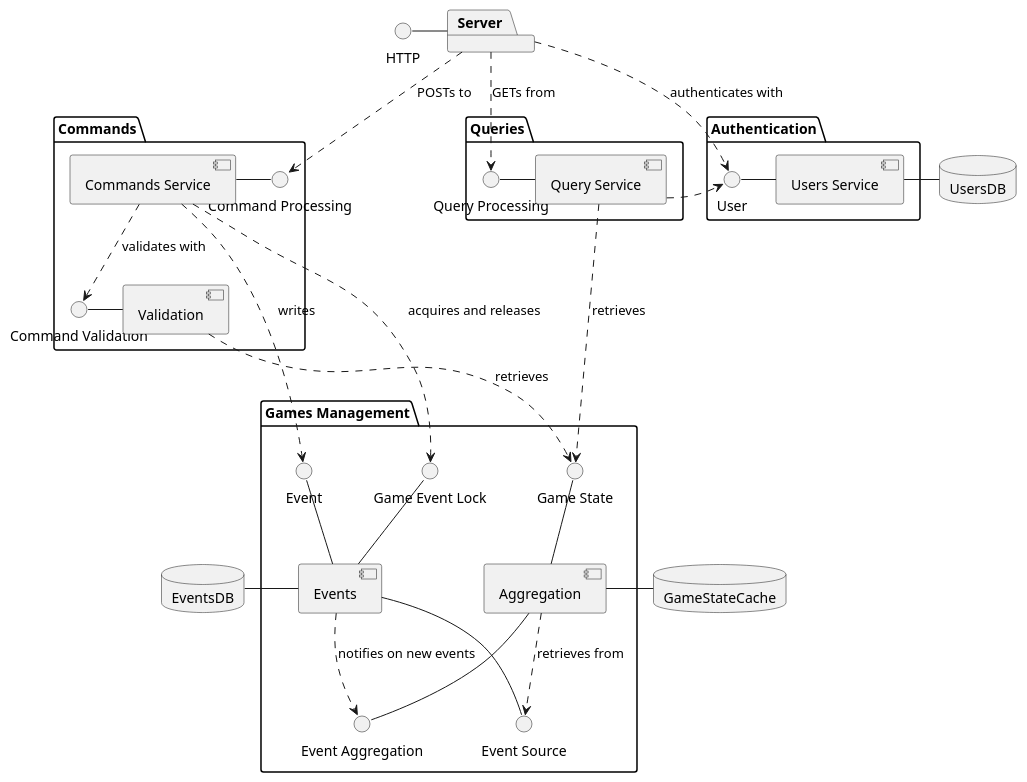
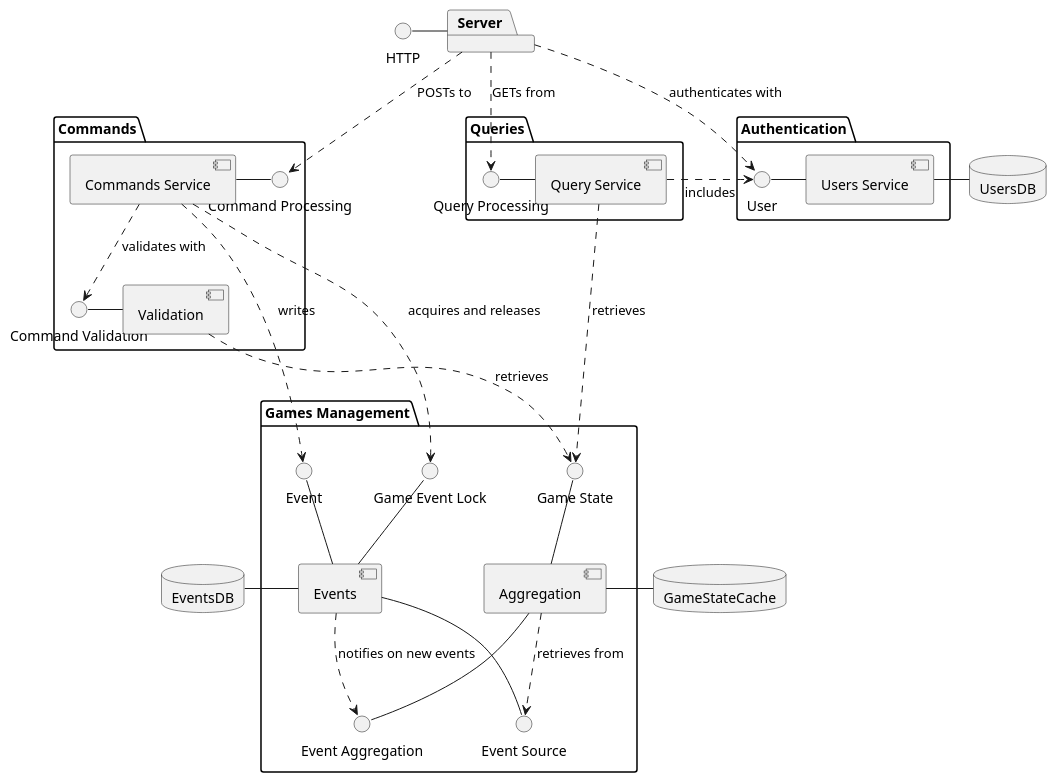
The second of 2 diagrams in design/architecture.rst (gnidan/foodtastechess-docs), drawn with PlantUML before and after one commit.

Commit message:
Annotation for Query -> User relation

```diff
--- a/design/architecture.rst
+++ b/design/architecture.rst
@@ -85,68 +85,68 @@
 .. uml::
     interface HTTP
 
     package "Server" {
         HTTP - [Server]
     }
     package "Commands" {
         interface "Command Validation" as CommandValidation
         interface "Command Processing" as CommandProcessing
         component [Commands Service] as CommandService
 
         CommandProcessing -left- CommandService
         CommandService ..> CommandValidation : validates with
         CommandValidation - [Validation]
     }
     [Server] ..> CommandProcessing : POSTs to
 
     package "Queries" {
         interface "Query Processing" as QueryProcessing
         component [Query Service] as QueryService
         QueryProcessing - QueryService
     }
     [Server] ..> QueryProcessing : GETs from
 
     package "Authentication" {
         interface User
         component "Users Service" as UserService
         User - UserService
     }
     [Server] ..> User : authenticates with
 
     database UsersDB
     UserService - UsersDB
 
-    QueryService .right.> User
+    QueryService .right.> User : includes
 
     package "Games Management" {
         interface "Event Aggregation" as EventAggregation
         interface "Event Source" as EventSource
         interface "Event" as Event
         interface "Game State" as GameState
         interface "Game Event Lock" as GameLock
 
         Event -down- [Events]
         GameLock -down- [Events]
         EventSource -up- [Events]
 
         GameState -down- [Aggregation]
         EventAggregation -up- [Aggregation]
 
         [Events]
         [Aggregation]
         [Events] ..> EventAggregation : notifies on new events
         [Aggregation] ..> EventSource : retrieves from
     }
 
     CommandService ..> Event : writes
     CommandService ..> GameLock : acquires and releases
 
 
     [Validation] ..> GameState : retrieves
     QueryService ..> GameState : retrieves
 
     database EventsDB
     [Events] -left- EventsDB
 
     database GameStateCache
     [Aggregation] -right- GameStateCache
```
